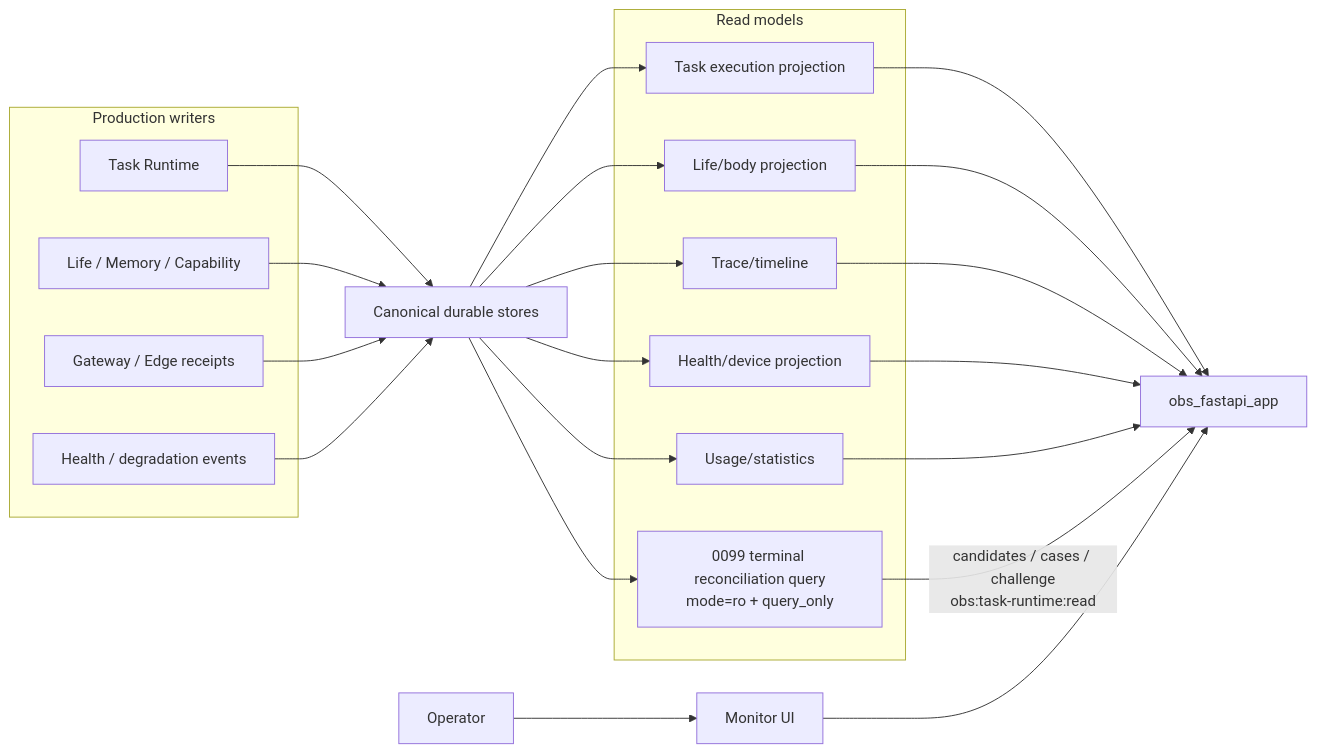
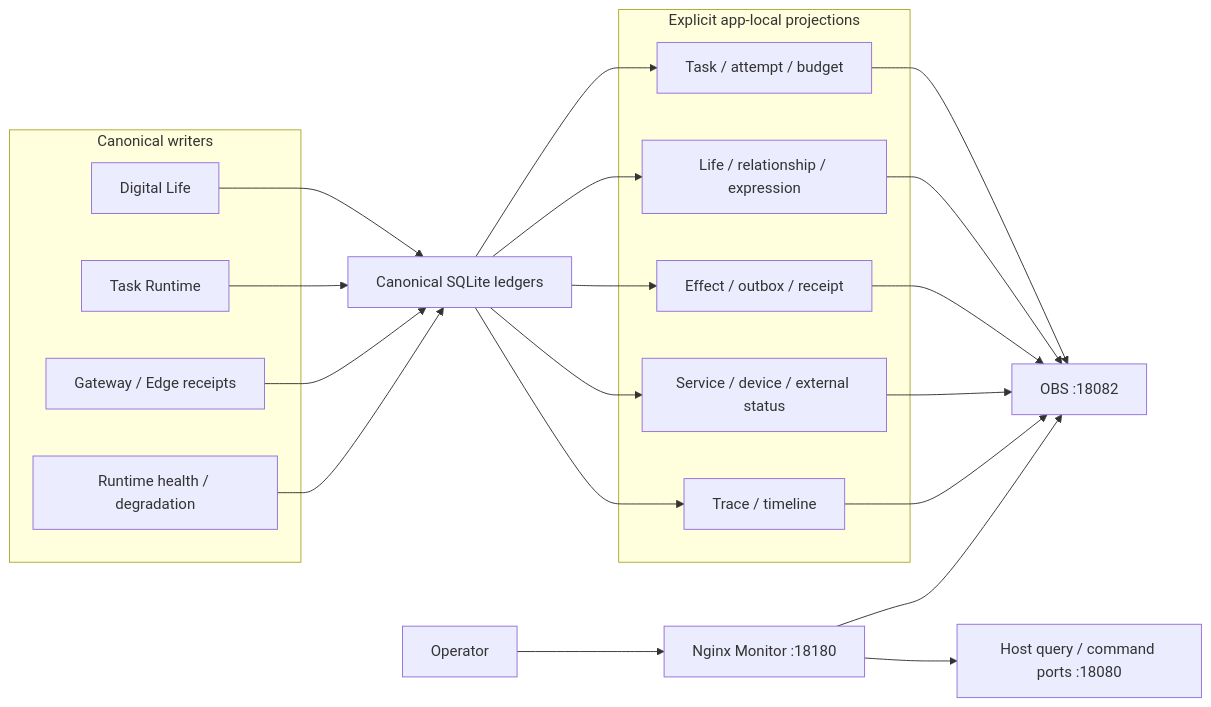
The first of 4 diagrams in docs/50_project/arch/diagrams/07_observability_topology.md (SakuraYoruno/Natsume_Ai), drawn with Mermaid before and after one commit. The commit also changed other lines of this file, not shown here.

First line of the commit message:
文档：同步观测拓扑与 Monitor 读模型 (#208)

````diff
--- a/docs/50_project/arch/diagrams/07_observability_topology.md
+++ b/docs/50_project/arch/diagrams/07_observability_topology.md
@@ -13,42 +12,42 @@
 ```mermaid
 flowchart LR
-    subgraph Writers["Production writers"]
+    subgraph Writers["Canonical writers"]
+        LIFE["Digital Life"]
         TASK["Task Runtime"]
-        LIFE["Life / Memory / Capability"]
         GW["Gateway / Edge receipts"]
-        HEALTH["Health / degradation events"]
+        HEALTH["Runtime health / degradation"]
     end
 
-    STORE["Canonical durable stores"]
+    SQL["Canonical SQLite ledgers"]
 
-    subgraph ReadModels["Read models"]
-        TP["Task execution projection"]
-        LP["Life/body projection"]
-        TR["Trace/timeline"]
-        HP["Health/device projection"]
-        ST["Usage/statistics"]
-        TRQ["0099 terminal reconciliation query\nmode=ro + query_only"]
+    subgraph Projections["Explicit app-local projections"]
+        TP["Task / attempt / budget"]
+        LP["Life / relationship / expression"]
+        EP["Effect / outbox / receipt"]
+        HP["Service / device / external status"]
+        TRACE["Trace / timeline"]
     end
 
-    OBS["obs_fastapi_app"]
-    UI["Monitor UI"]
-    OP["Operator"]
+    OBS["OBS :18082"]
+    HOST["Host query / command ports :18080"]
+    MON["Nginx Monitor :18180"]
+    USER["Operator"]
 
-    TASK --> STORE
-    LIFE --> STORE
-    GW --> STORE
-    HEALTH --> STORE
-    STORE --> TP
-    STORE --> LP
-    STORE --> TR
-    STORE --> HP
-    STORE --> ST
-    STORE --> TRQ
+    LIFE --> SQL
+    TASK --> SQL
+    GW --> SQL
+    HEALTH --> SQL
+    SQL --> TP
+    SQL --> LP
+    SQL --> EP
+    SQL --> HP
+    SQL --> TRACE
     TP --> OBS
     LP --> OBS
-    TR --> OBS
+    EP --> OBS
     HP --> OBS
-    ST --> OBS
-    TRQ -->|"candidates / cases / challenge\nobs:task-runtime:read"| OBS
-    OP --> UI --> OBS
+    TRACE --> OBS
+    USER --> MON
+    MON --> OBS
+    MON --> HOST
 ```
````
